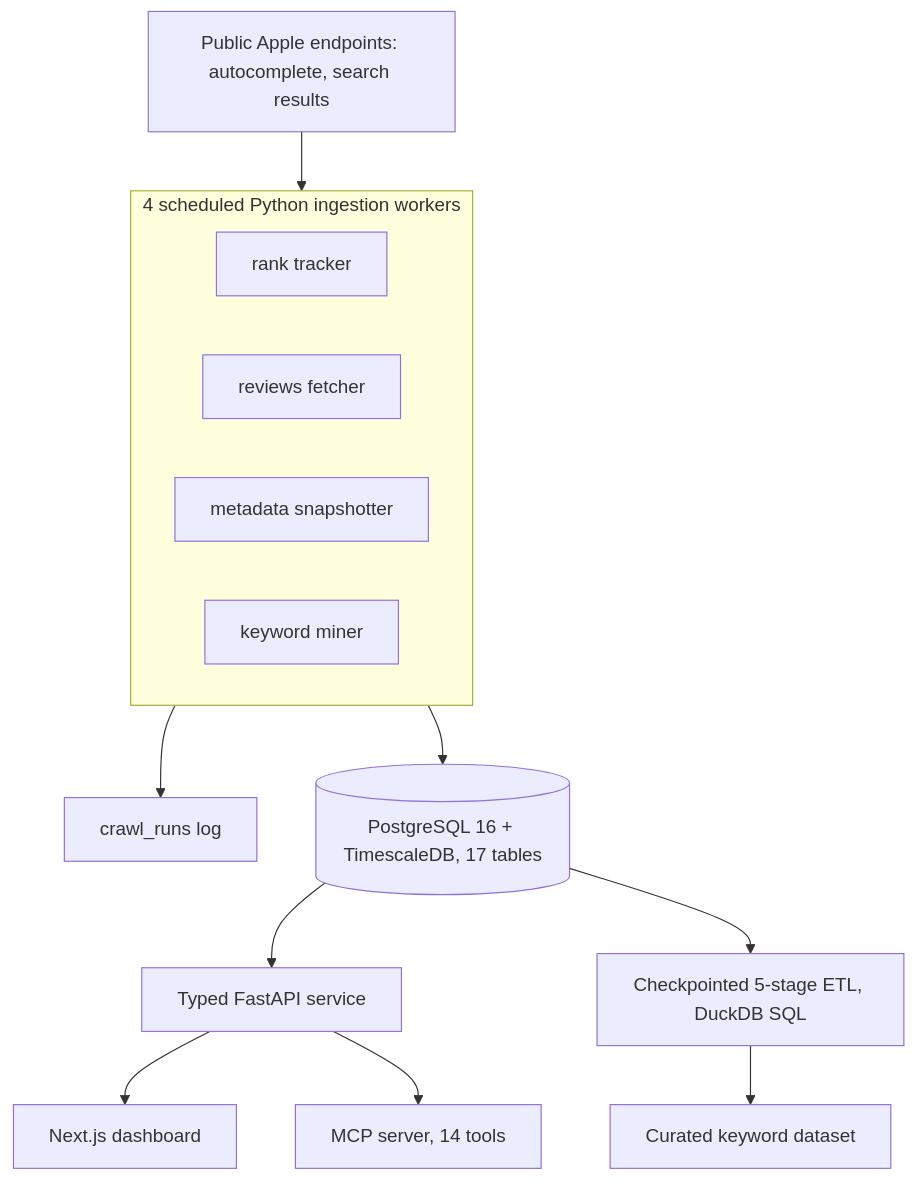
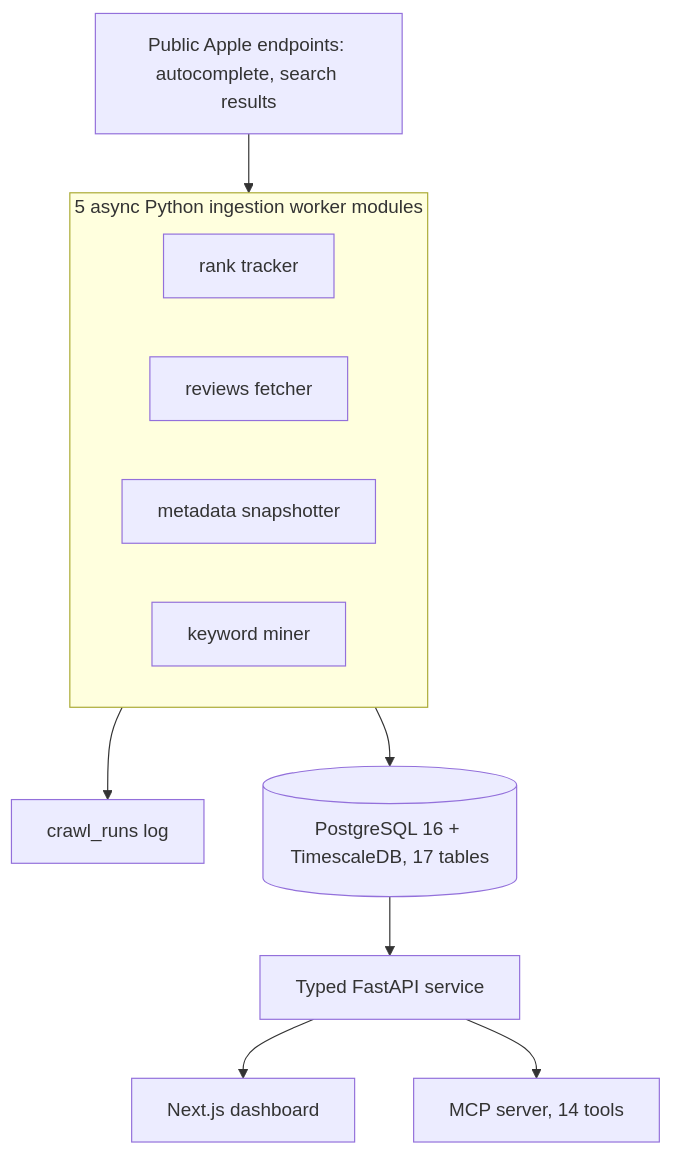
One commit to TechVoyagerr/surfaced-aso changed the diagram in README.md. Above: the diagram before and after it, drawn with Mermaid. The commit also changed other lines of this file, not shown here.

````diff
--- a/README.md
+++ b/README.md
@@ -15,17 +15,15 @@
 ```mermaid
 flowchart TB
   SRC[Public Apple endpoints: autocomplete, search results] --> W
-  subgraph W[4 scheduled Python ingestion workers]
+  subgraph W[5 async Python ingestion worker modules]
     RT[rank tracker]
     RV[reviews fetcher]
     MS[metadata snapshotter]
     TM[keyword miner]
   end
   W --> CR[crawl_runs log]
   W --> DB[(PostgreSQL 16 + TimescaleDB, 17 tables)]
   DB --> API[Typed FastAPI service]
-  DB --> ETL[Checkpointed 5-stage ETL, DuckDB SQL]
-  ETL --> DS[Curated keyword dataset]
   API --> WEB[Next.js dashboard]
   API --> MCP[MCP server, 14 tools]
 ```
````
